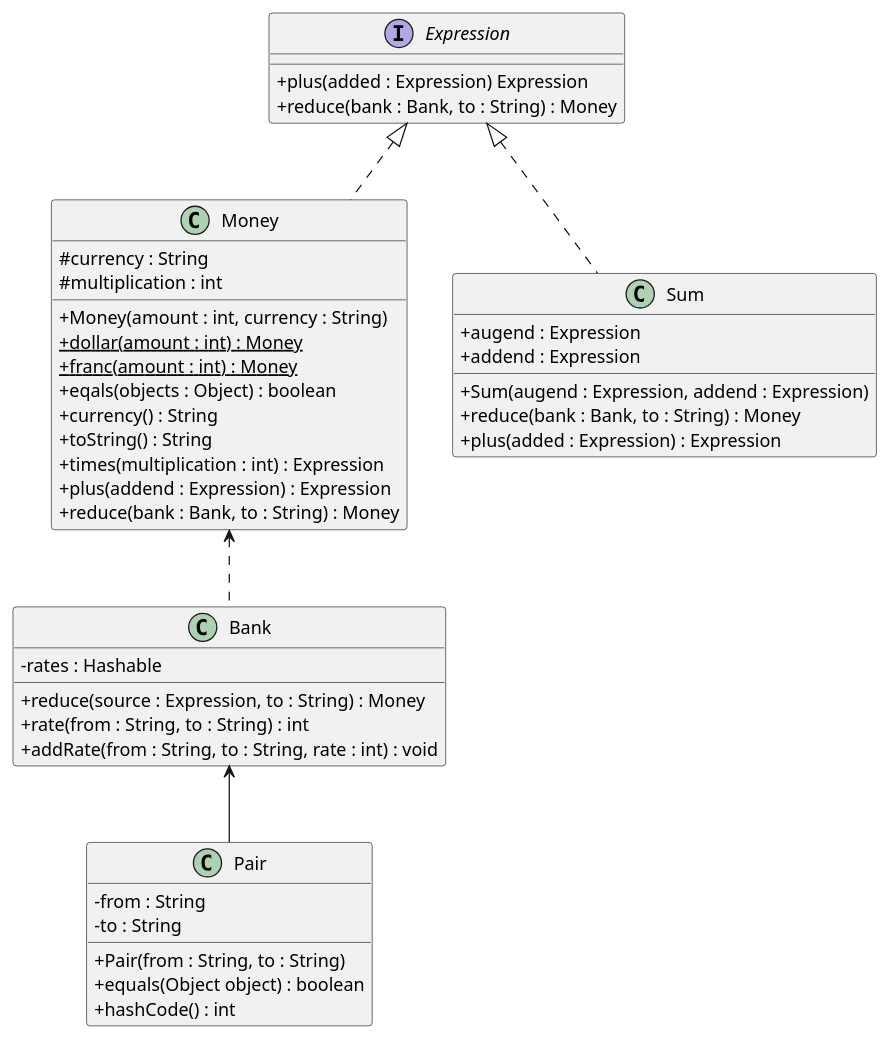
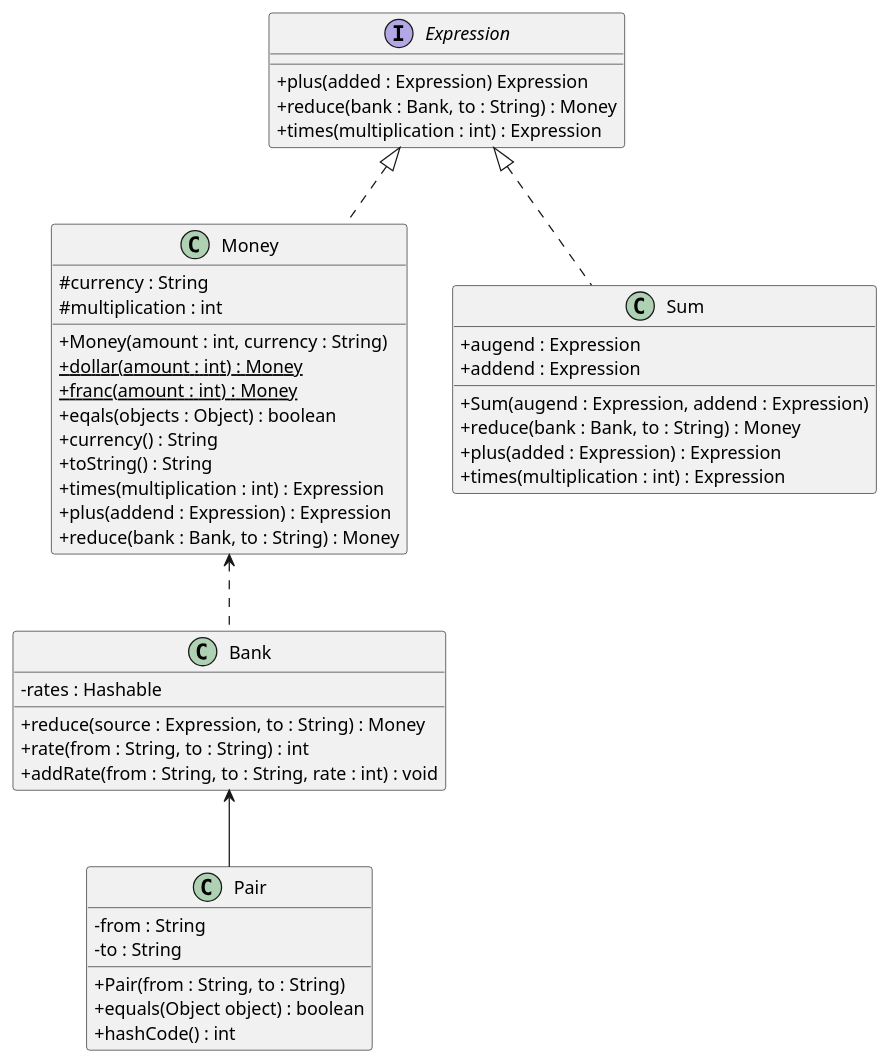
The diagram in ClassDiagram.puml (NOHYC/TDD_project), drawn with PlantUML before and after one commit. The commit also changed 10 other files, not shown here.

```diff
--- a/ClassDiagram.puml
+++ b/ClassDiagram.puml
@@ -1,52 +1,54 @@
 @startuml
 'https://plantuml.com/class-diagram
 skinparam classAttributeIconSize 0
 /' 16장 : plus와 times 구현
 '/
 class Money
 interface Expression
 class Bank
 class Sum
 class Pair
 Expression <|.. Money
 Money <.. Bank
 Expression <|.. Sum
 Bank <-- Pair
 class Money{
  #currency : String
  #multiplication : int
  +Money(amount : int, currency : String)
  +dollar(amount : int) : {static} Money
  +franc(amount : int) : {static} Money
  +eqals(objects : Object) : boolean
  +currency() : String
  +toString() : String
  +times(multiplication : int) : Expression
  +plus(addend : Expression) : Expression
  +reduce(bank : Bank, to : String) : Money
 }
 interface Expression{
  +plus(added : Expression) Expression
  +reduce(bank : Bank, to : String) : Money
+ +times(multiplication : int) : Expression
 }
 class Bank{
  -rates : Hashable
  +reduce(source : Expression, to : String) : Money
  +rate(from : String, to : String) : int
  +addRate(from : String, to : String, rate : int) : void
 }
 class Sum{
  +augend : Expression
  +addend : Expression
  +Sum(augend : Expression, addend : Expression)
  +reduce(bank : Bank, to : String) : Money
  +plus(added : Expression) : Expression
+ +times(multiplication : int) : Expression
 }
 class Pair {
  -from : String
  -to : String
   +Pair(from : String, to : String)
   +equals(Object object) : boolean
   +hashCode() : int
 }
 @enduml
```
